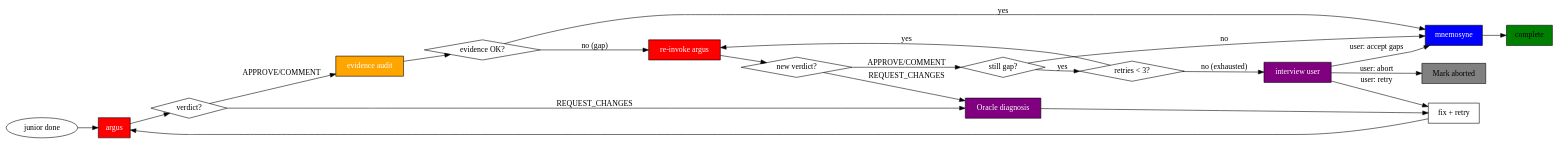
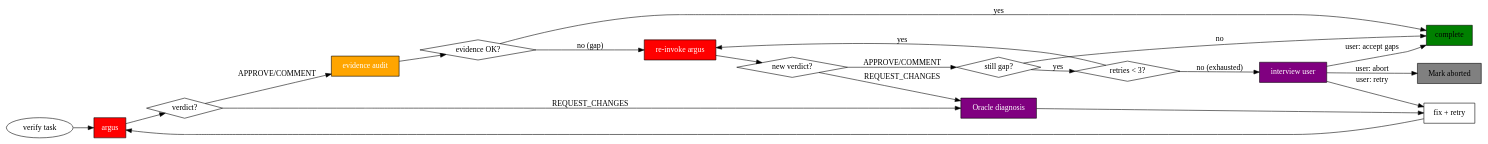
The diagram in skills/sisyphus/verification.md (toongri/oh-my-toong-playground), drawn with Graphviz before and after one commit. The commit also changed other lines of this file and 8 other files, not shown here.

````diff
--- a/skills/sisyphus/verification.md
+++ b/skills/sisyphus/verification.md
@@ -7,41 +7,39 @@
 ```dot
 digraph verification_flow {
     rankdir=LR;
-    "junior done" [shape=ellipse];
+    "verify task" [shape=ellipse];
     "argus" [shape=box, style=filled, fillcolor=red, fontcolor=white];
     "verdict?" [shape=diamond];
     "evidence audit" [shape=box, style=filled, fillcolor=orange, fontcolor=white];
     "evidence OK?" [shape=diamond];
     "re-invoke argus" [shape=box, style=filled, fillcolor=red, fontcolor=white];
     "new verdict?" [shape=diamond];
     "still gap?" [shape=diamond];
     "retries < 3?" [shape=diamond];
     "interview user" [shape=box, style=filled, fillcolor=purple, fontcolor=white];
     "Oracle diagnosis" [shape=box, style=filled, fillcolor=purple, fontcolor=white];
-    "mnemosyne" [shape=box, style=filled, fillcolor=blue, fontcolor=white];
     "complete" [shape=box, style=filled, fillcolor=green];
     "fix + retry" [shape=box];
 
-    "junior done" -> "argus" -> "verdict?";
+    "verify task" -> "argus" -> "verdict?";
     "verdict?" -> "Oracle diagnosis" [label="REQUEST_CHANGES"];
     "Oracle diagnosis" -> "fix + retry";
     "verdict?" -> "evidence audit" [label="APPROVE/COMMENT"];
     "evidence audit" -> "evidence OK?";
-    "evidence OK?" -> "mnemosyne" [label="yes"];
+    "evidence OK?" -> "complete" [label="yes"];
     "evidence OK?" -> "re-invoke argus" [label="no (gap)"];
     "re-invoke argus" -> "new verdict?";
     "new verdict?" -> "Oracle diagnosis" [label="REQUEST_CHANGES"];
     "new verdict?" -> "still gap?" [label="APPROVE/COMMENT"];
-    "still gap?" -> "mnemosyne" [label="no"];
+    "still gap?" -> "complete" [label="no"];
     "still gap?" -> "retries < 3?" [label="yes"];
     "retries < 3?" -> "re-invoke argus" [label="yes"];
     "retries < 3?" -> "interview user" [label="no (exhausted)"];
-    "mnemosyne" -> "complete";
     "fix + retry" -> "argus";
     "Mark aborted" [shape=box, style=filled, fillcolor=gray];
 
     "interview user" -> "fix + retry" [label="user: retry"];
-    "interview user" -> "mnemosyne" [label="user: accept gaps"];
+    "interview user" -> "complete" [label="user: accept gaps"];
     "interview user" -> "Mark aborted" [label="user: abort"];
 }
 ```
````
